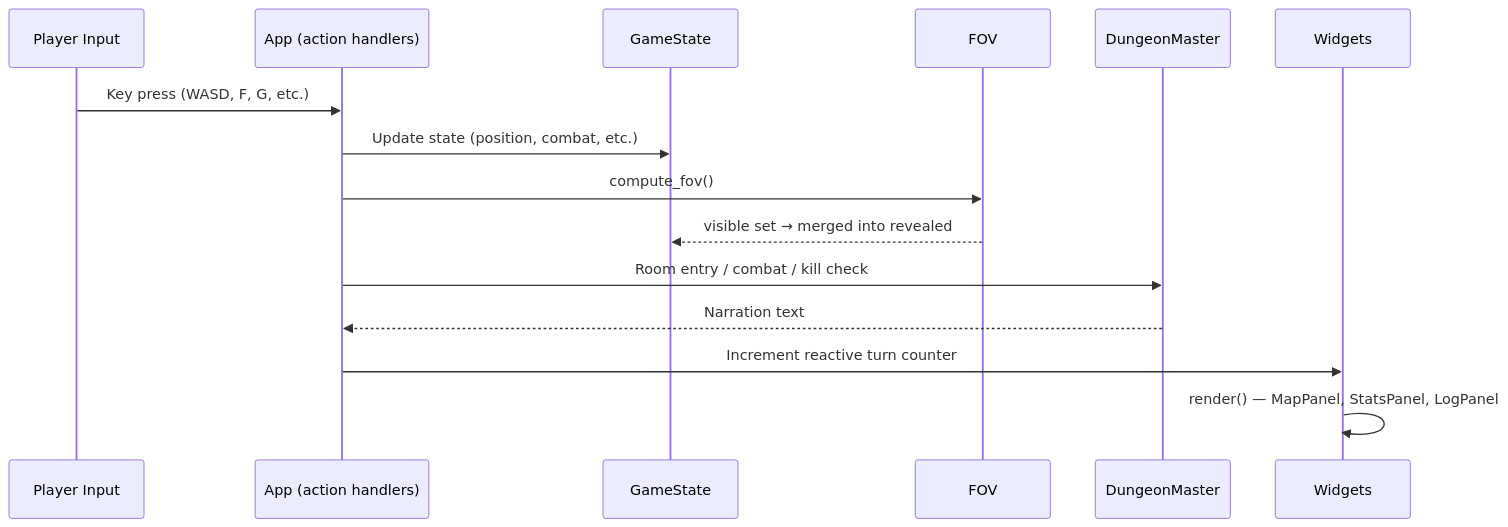
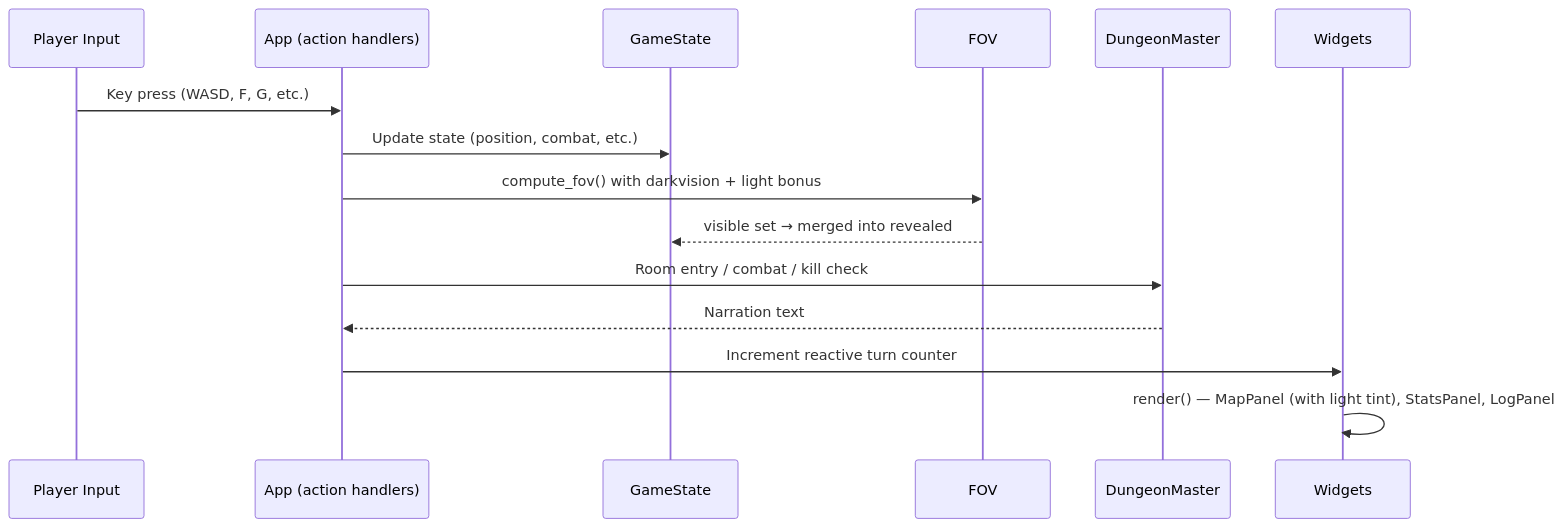
The sixth of 8 diagrams in doc/ARCHITECTURE.md (rondilley/DungeonsOfDreagoth), drawn with Mermaid before and after one commit. The commit also changed other lines of this file and 40 other files, not shown here.

````diff
--- a/doc/ARCHITECTURE.md
+++ b/doc/ARCHITECTURE.md
@@ -342,18 +402,18 @@
 ```mermaid
 sequenceDiagram
     participant P as Player Input
     participant A as App (action handlers)
     participant G as GameState
     participant F as FOV
     participant DM as DungeonMaster
     participant W as Widgets
 
     P->>A: Key press (WASD, F, G, etc.)
     A->>G: Update state (position, combat, etc.)
-    A->>F: compute_fov()
+    A->>F: compute_fov() with darkvision + light bonus
     F-->>G: visible set → merged into revealed
     A->>DM: Room entry / combat / kill check
     DM-->>A: Narration text
     A->>W: Increment reactive turn counter
-    W->>W: render() — MapPanel, StatsPanel, LogPanel
+    W->>W: render() — MapPanel (with light tint), StatsPanel, LogPanel
 ```
````
